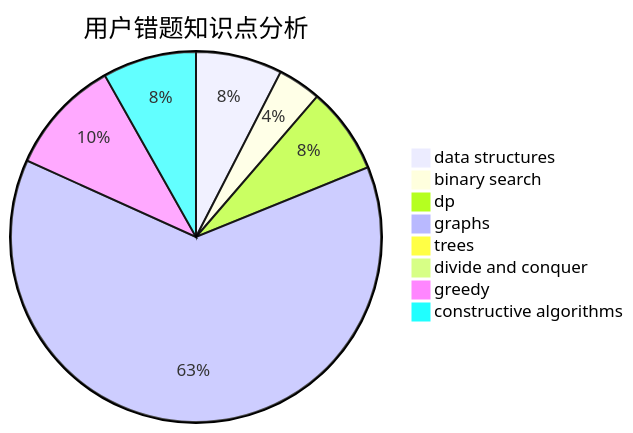
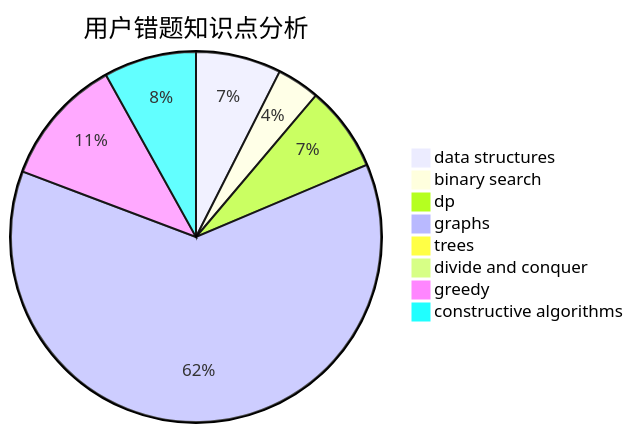
The third of 3 diagrams in docs/user/u518.md (sherpahu/cfrs.github.io), drawn with Mermaid before and after one commit. The commit also changed other lines of this file and 2770 other files, not shown here.

````diff
--- a/docs/user/u518.md
+++ b/docs/user/u518.md
@@ -36,11 +36,11 @@
 ```mermaid
 pie title 用户错题知识点分析
     "data structures" :  12
     "binary search" :  6
     "dp" :  12
     "graphs" :  100
     "trees" :  0
     "divide and conquer" :  0
-    "greedy" :  16
+    "greedy" :  18
     "constructive algorithms" :  13
 ```
````
